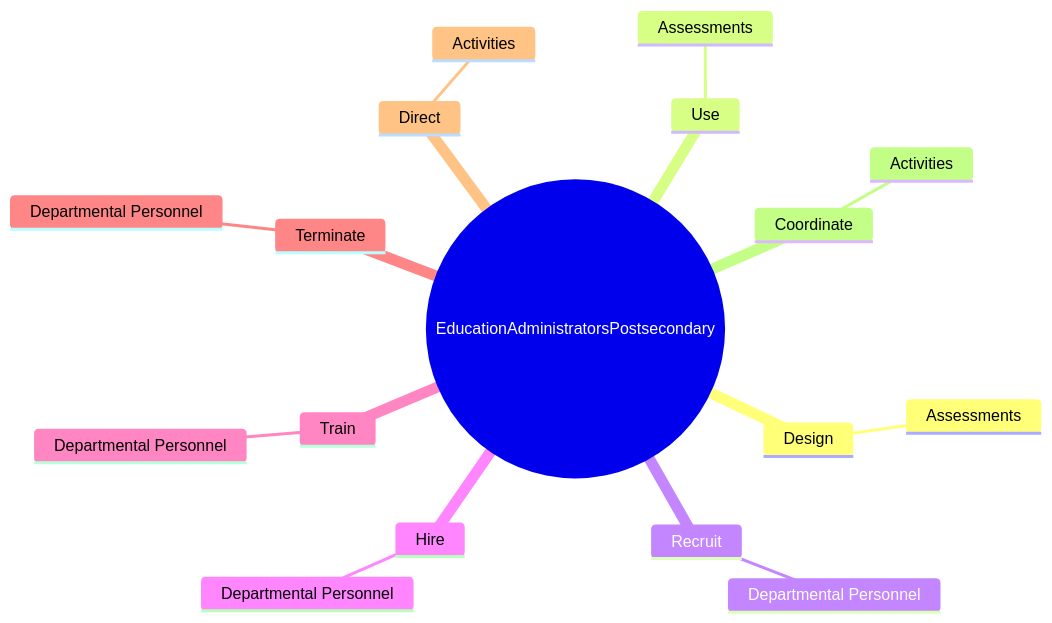
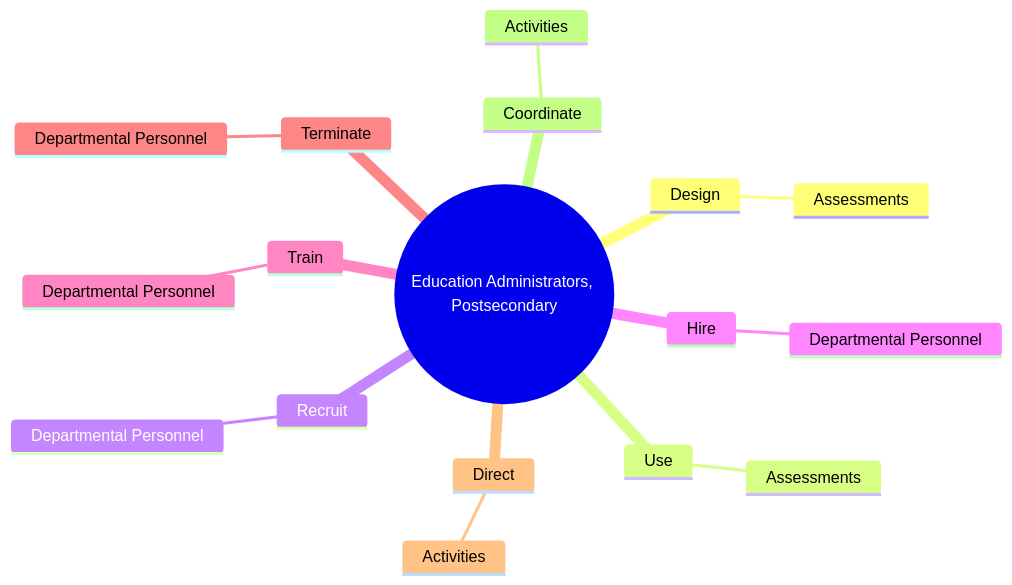
Before and after one commit to kziemski/business.org.ai: the second of 4 diagrams in occupations/Management/EducationAdministratorsPostsecondary.mdx, drawn with Mermaid. The commit also changed other lines of this file and 938 other files, not shown here.

````diff
--- a/occupations/Management/EducationAdministratorsPostsecondary.mdx
+++ b/occupations/Management/EducationAdministratorsPostsecondary.mdx
@@ -37,20 +45,20 @@
 ```mermaid
 mindmap
-    root(("EducationAdministratorsPostsecondary"))
+    root(("Education Administrators, Postsecondary"))
         Design
             Assessments
         Use
             Assessments
         Recruit
             Departmental Personnel
         Hire
             Departmental Personnel
         Train
             Departmental Personnel
         Terminate
             Departmental Personnel
         Direct
             Activities
         Coordinate
             Activities
 ```
````
